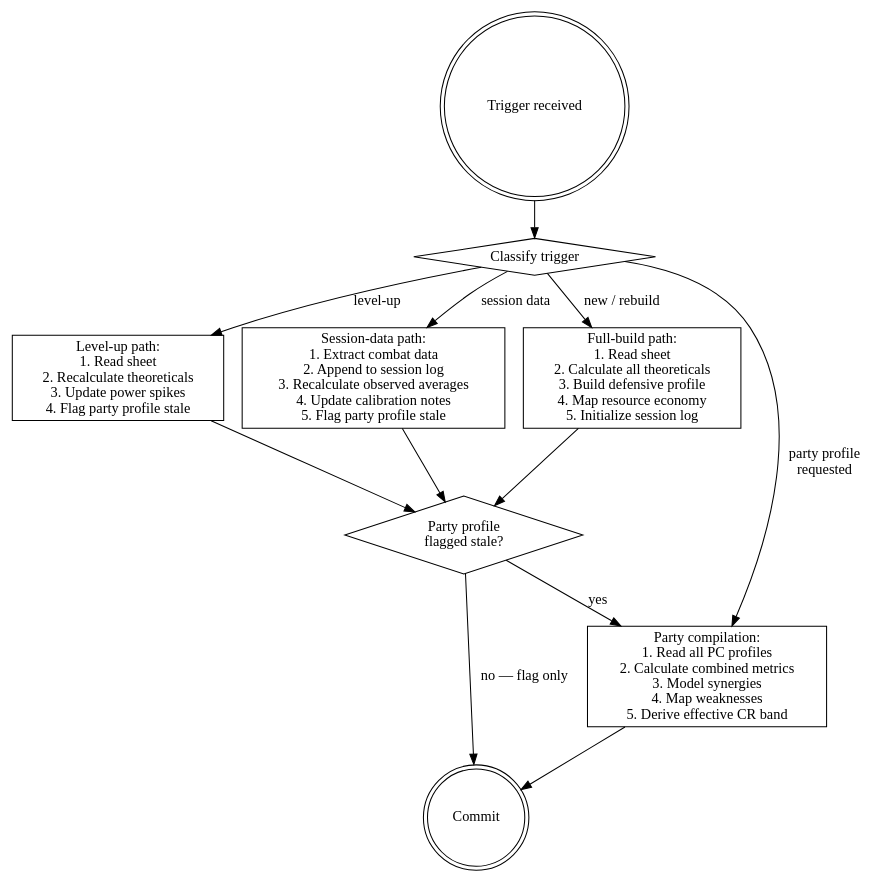
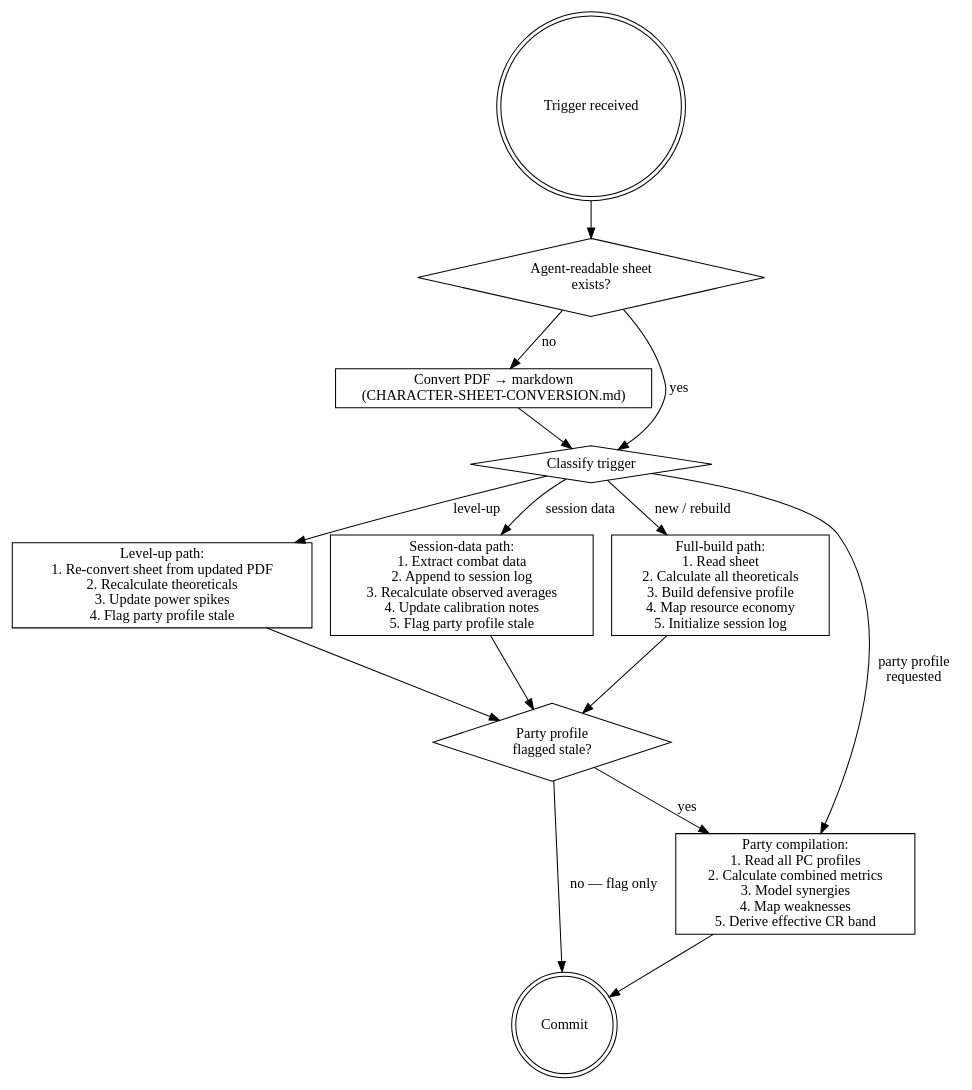
Before and after one commit to Thedougler/shattered-sea-wiki: the diagram in .claude/skills/pc-combat-primer/SKILL.md, drawn with Graphviz. The commit also changed other lines of this file and 1 other file, not shown here.

First line of the commit message:
prep: pc-combat-primer — add character sheet PDF conversion protocol

````diff
--- a/.claude/skills/pc-combat-primer/SKILL.md
+++ b/.claude/skills/pc-combat-primer/SKILL.md
@@ -56,31 +77,37 @@
 ```dot
 digraph primer_workflow {
   rankdir=TB;
   node [shape=box];
 
   start [label="Trigger received" shape=doublecircle];
+  sheet_check [label="Agent-readable sheet\nexists?" shape=diamond];
+  convert [label="Convert PDF → markdown\n(CHARACTER-SHEET-CONVERSION.md)"];
   classify [label="Classify trigger" shape=diamond];
 
-  level_up [label="Level-up path:\n1. Read sheet\n2. Recalculate theoreticals\n3. Update power spikes\n4. Flag party profile stale"];
+  level_up [label="Level-up path:\n1. Re-convert sheet from updated PDF\n2. Recalculate theoreticals\n3. Update power spikes\n4. Flag party profile stale"];
   session_data [label="Session-data path:\n1. Extract combat data\n2. Append to session log\n3. Recalculate observed averages\n4. Update calibration notes\n5. Flag party profile stale"];
   full_build [label="Full-build path:\n1. Read sheet\n2. Calculate all theoreticals\n3. Build defensive profile\n4. Map resource economy\n5. Initialize session log"];
   party_compile [label="Party compilation:\n1. Read all PC profiles\n2. Calculate combined metrics\n3. Model synergies\n4. Map weaknesses\n5. Derive effective CR band"];
 
   check_party [label="Party profile\nflagged stale?" shape=diamond];
   done [label="Commit" shape=doublecircle];
 
-  start -> classify;
+  start -> sheet_check;
+  sheet_check -> convert [label="no"];
+  sheet_check -> classify [label="yes"];
+  convert -> classify;
+
   classify -> level_up [label="level-up"];
   classify -> session_data [label="session data"];
   classify -> full_build [label="new / rebuild"];
   classify -> party_compile [label="party profile\nrequested"];
 
   level_up -> check_party;
   session_data -> check_party;
   full_build -> check_party;
 
   check_party -> party_compile [label="yes"];
   check_party -> done [label="no — flag only"];
   party_compile -> done;
 }
 ```
````
